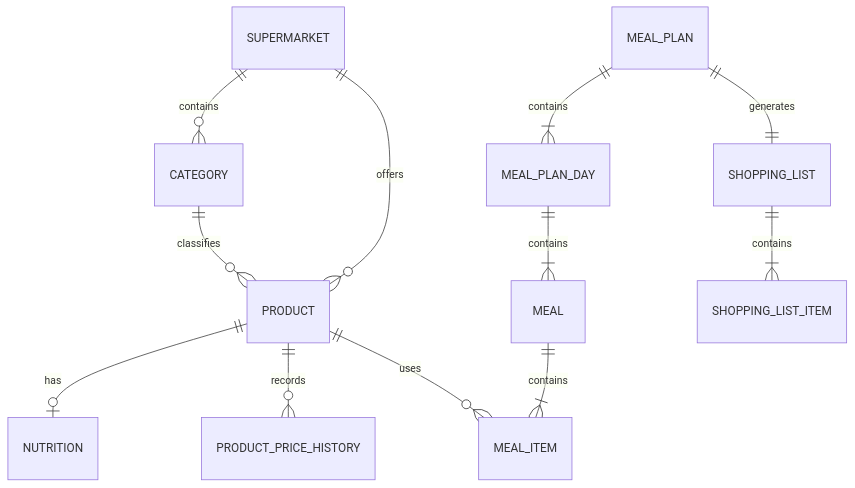
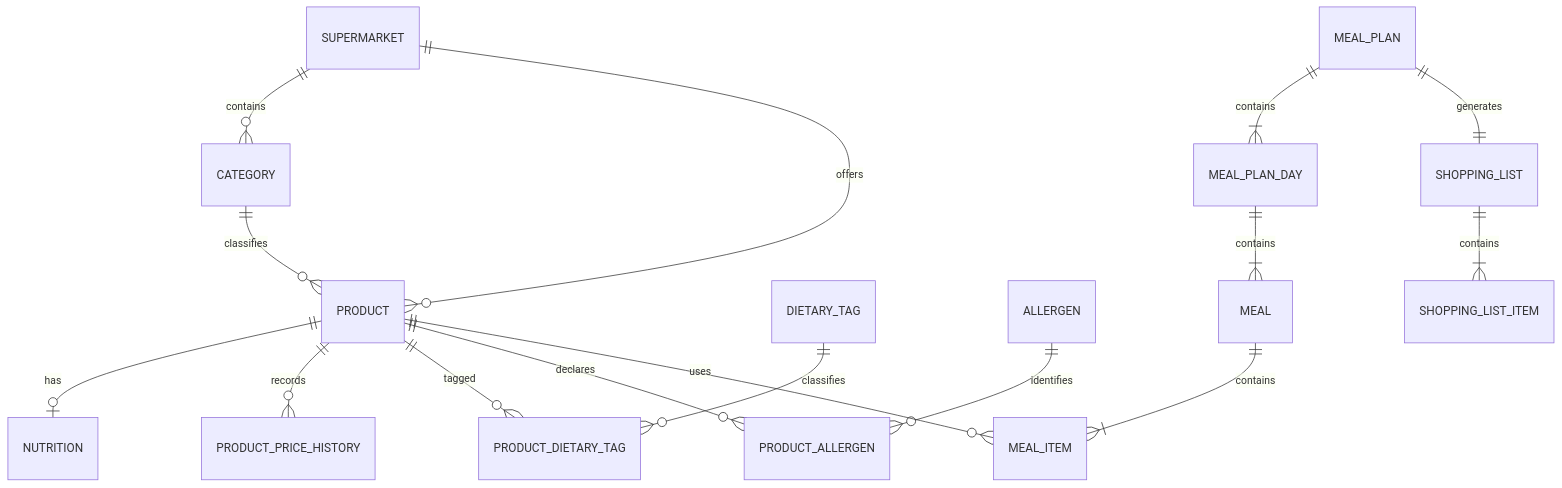
The diagram in docs/domain-model.md (Xons001/supermarket-meal-planner), drawn with Mermaid before and after one commit. The commit also changed other lines of this file and 68 other files, not shown here.

````diff
--- a/docs/domain-model.md
+++ b/docs/domain-model.md
@@ -82,14 +89,18 @@
 ```mermaid
 erDiagram
     SUPERMARKET ||--o{ CATEGORY : contains
     SUPERMARKET ||--o{ PRODUCT : offers
     CATEGORY ||--o{ PRODUCT : classifies
     PRODUCT ||--o| NUTRITION : has
     PRODUCT ||--o{ PRODUCT_PRICE_HISTORY : records
+    PRODUCT ||--o{ PRODUCT_DIETARY_TAG : tagged
+    DIETARY_TAG ||--o{ PRODUCT_DIETARY_TAG : classifies
+    PRODUCT ||--o{ PRODUCT_ALLERGEN : declares
+    ALLERGEN ||--o{ PRODUCT_ALLERGEN : identifies
     MEAL_PLAN ||--|{ MEAL_PLAN_DAY : contains
     MEAL_PLAN_DAY ||--|{ MEAL : contains
     MEAL ||--|{ MEAL_ITEM : contains
     PRODUCT ||--o{ MEAL_ITEM : uses
     MEAL_PLAN ||--|| SHOPPING_LIST : generates
     SHOPPING_LIST ||--|{ SHOPPING_LIST_ITEM : contains
 ```
````
